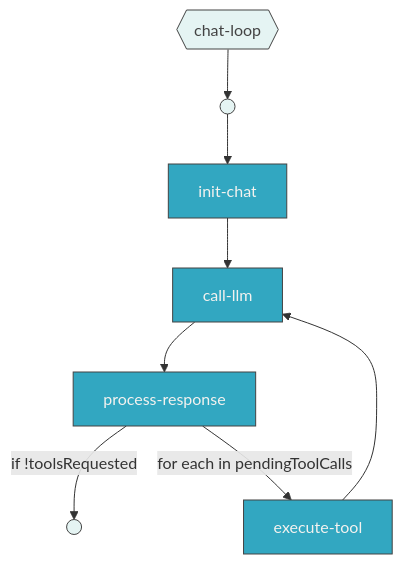
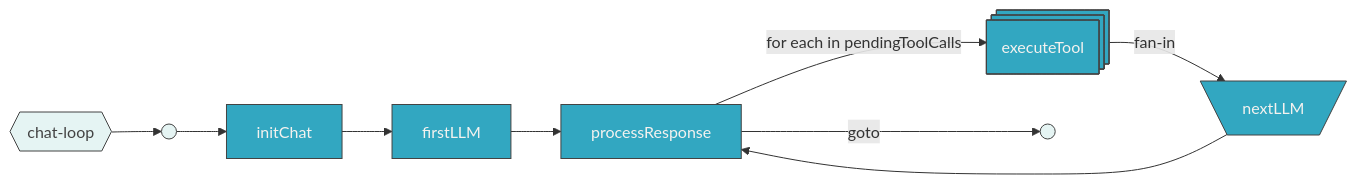
Before and after one commit to bhardwajRahul/fabric: the diagram in coreservices/llm/CHATLOOP.mmd, drawn with Mermaid. The commit also changed 491 other files, not shown here.

```diff
--- a/coreservices/llm/CHATLOOP.mmd
+++ b/coreservices/llm/CHATLOOP.mmd
@@ -1,12 +1,17 @@
-graph TD
+graph LR
     classDef task fill:#32a7c1,color:#f4f2ef,stroke:#434343
     classDef sub fill:#ed2e92,color:#f4f2ef,stroke:#434343
     classDef term fill:#e5f4f3,color:#434343,stroke:#434343
 
     _title{{"chat-loop"}}:::term --> _start
-    _start(( )):::term --> t0["init-chat"]:::task
-    t0 --> t1["call-llm"]:::task
-    t1 --> t2["process-response"]:::task
-    t2 -->|"if !toolsRequested"| _end(( )):::term
-    t2 -->|"for each in pendingToolCalls"| t3["execute-tool"]:::task
-    t3 --> t1
+    t4@{ shape: st-rect, label: "executeTool" }
+    t2@{ shape: trap-t, label: "nextLLM" }
+    _start(( )):::term --> t0["initChat"]:::task
+    t0 --> t1["firstLLM"]:::task
+    t1 --> t3["processResponse"]:::task
+    t3 -->|"goto"| _end(( )):::term
+    t3 -->|"for each in pendingToolCalls"| t4
+    t4 -->|"fan-in"| t2
+    t2 --> t3
+    class t4 task
+    class t2 task
```
